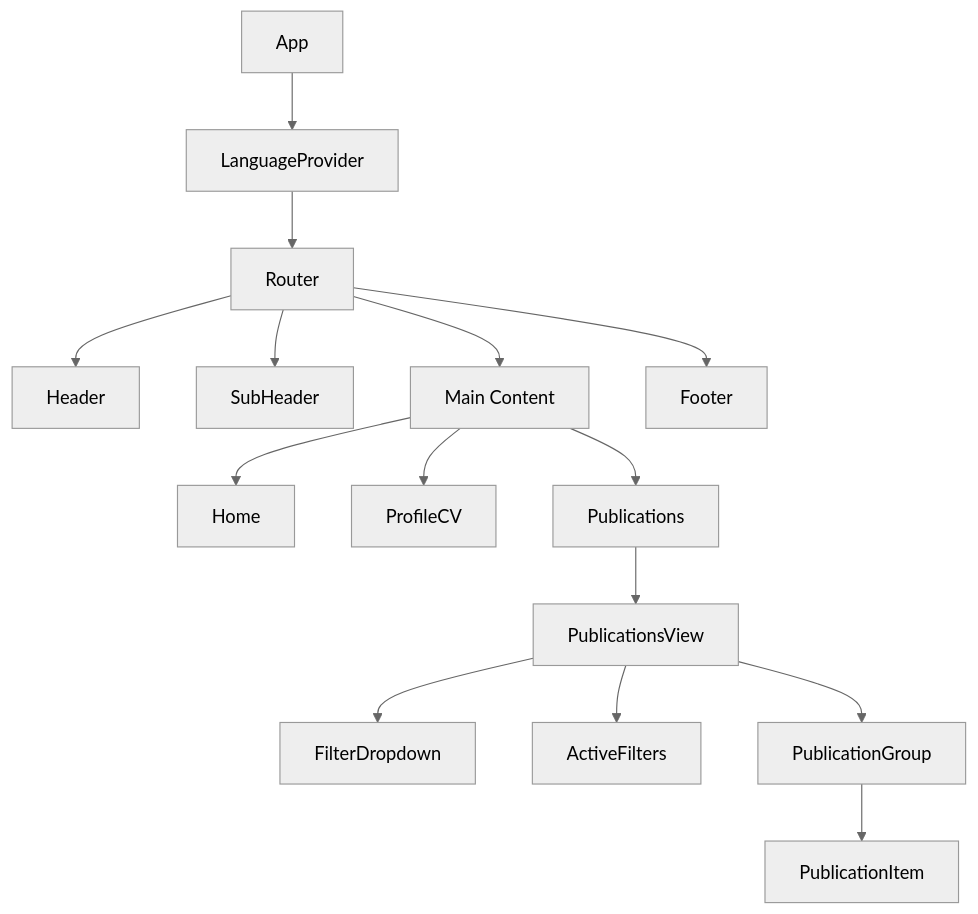
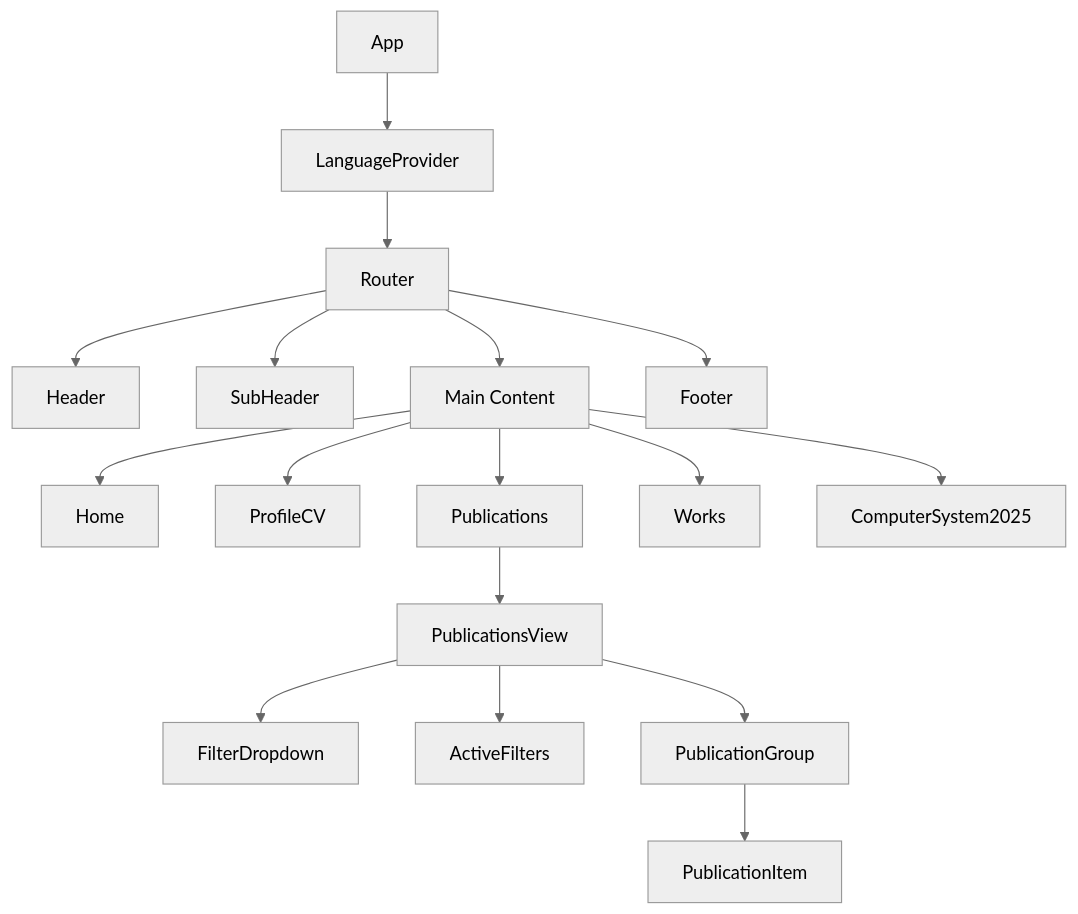
Before and after one commit to tomiokario/my-web-page: the second of 3 diagrams in docs/project-structure.md, drawn with Mermaid (neutral theme). The commit also changed other lines of this file and 2 other files, not shown here.

````diff
--- a/docs/project-structure.md
+++ b/docs/project-structure.md
@@ -119,17 +133,19 @@
 ```mermaid
 graph TD
     A[App] --> B[LanguageProvider]
     B --> C[Router]
     C --> D[Header]
     C --> E[SubHeader]
     C --> F[Main Content]
     C --> G[Footer]
     F --> H[Home]
     F --> I[ProfileCV]
     F --> J[Publications]
+    F --> P[Works]
+    F --> Q[ComputerSystem2025]
     J --> K[PublicationsView]
     K --> L[FilterDropdown]
     K --> M[ActiveFilters]
     K --> N[PublicationGroup]
     N --> O[PublicationItem]
 ```
````
